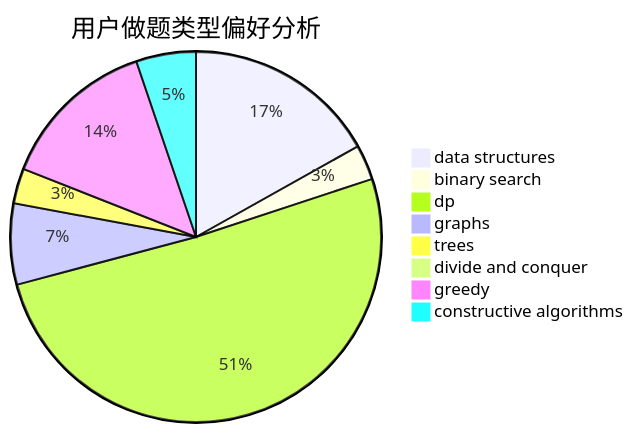
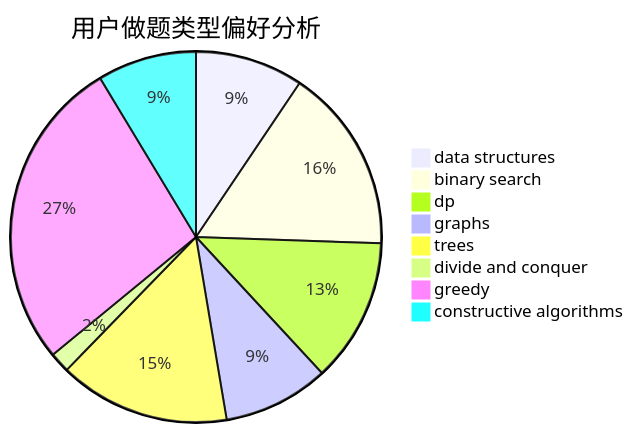
One commit to sherpahu/cfrs.github.io changed the second of 3 diagrams in docs/user/u451.md. Above: the diagram before and after it, drawn with Mermaid. The commit also changed other lines of this file and 2770 other files, not shown here.

````diff
--- a/docs/user/u451.md
+++ b/docs/user/u451.md
@@ -23,11 +23,11 @@
 ```mermaid
 pie title 用户做题类型偏好分析
-    "data structures" :  55
-    "binary search" :  10
-    "dp" :  166
-    "graphs" :  23
-    "trees" :  10
-    "divide and conquer" :  0
-    "greedy" :  45
-    "constructive algorithms" :  17
+    "data structures" :  48
+    "binary search" :  82
+    "dp" :  64
+    "graphs" :  47
+    "trees" :  76
+    "divide and conquer" :  9
+    "greedy" :  139
+    "constructive algorithms" :  44
 ```
````
